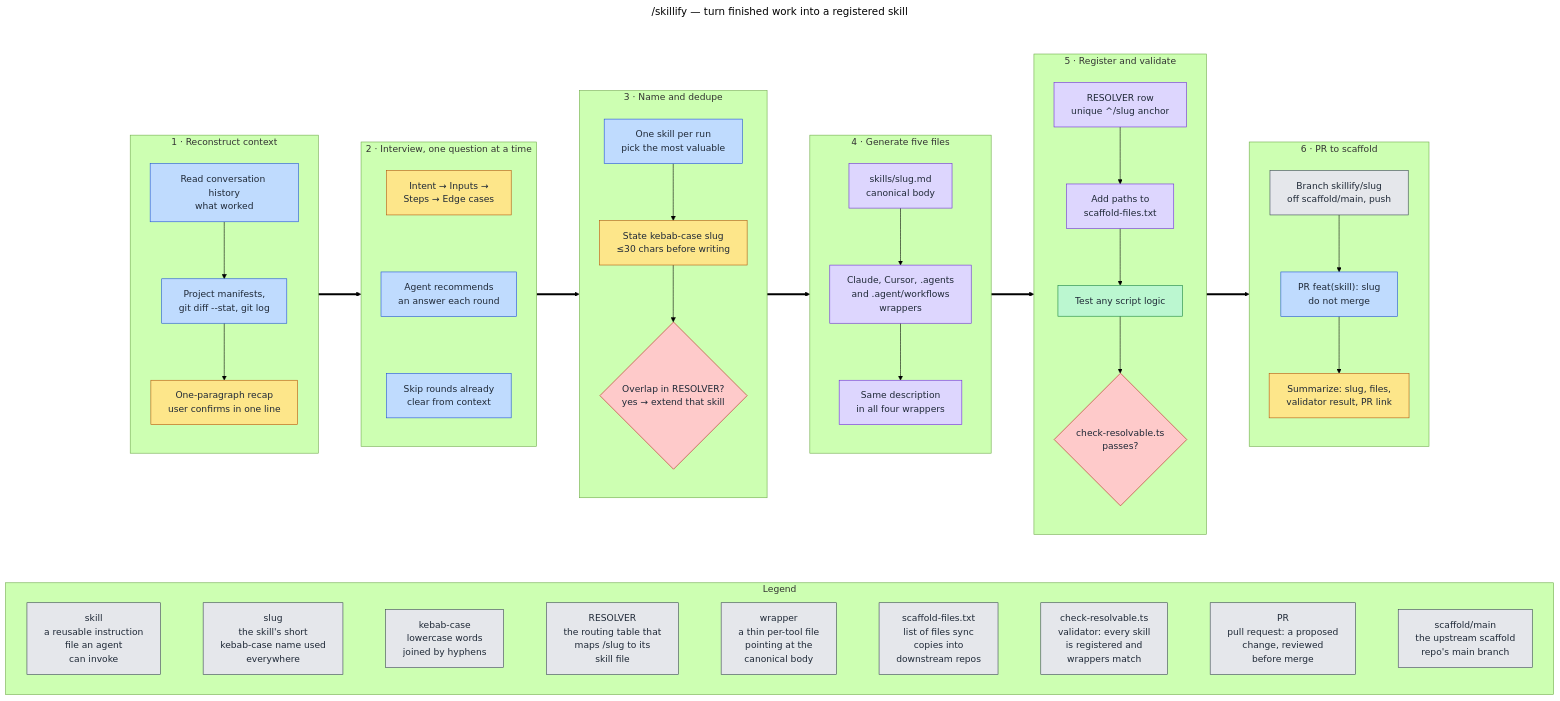
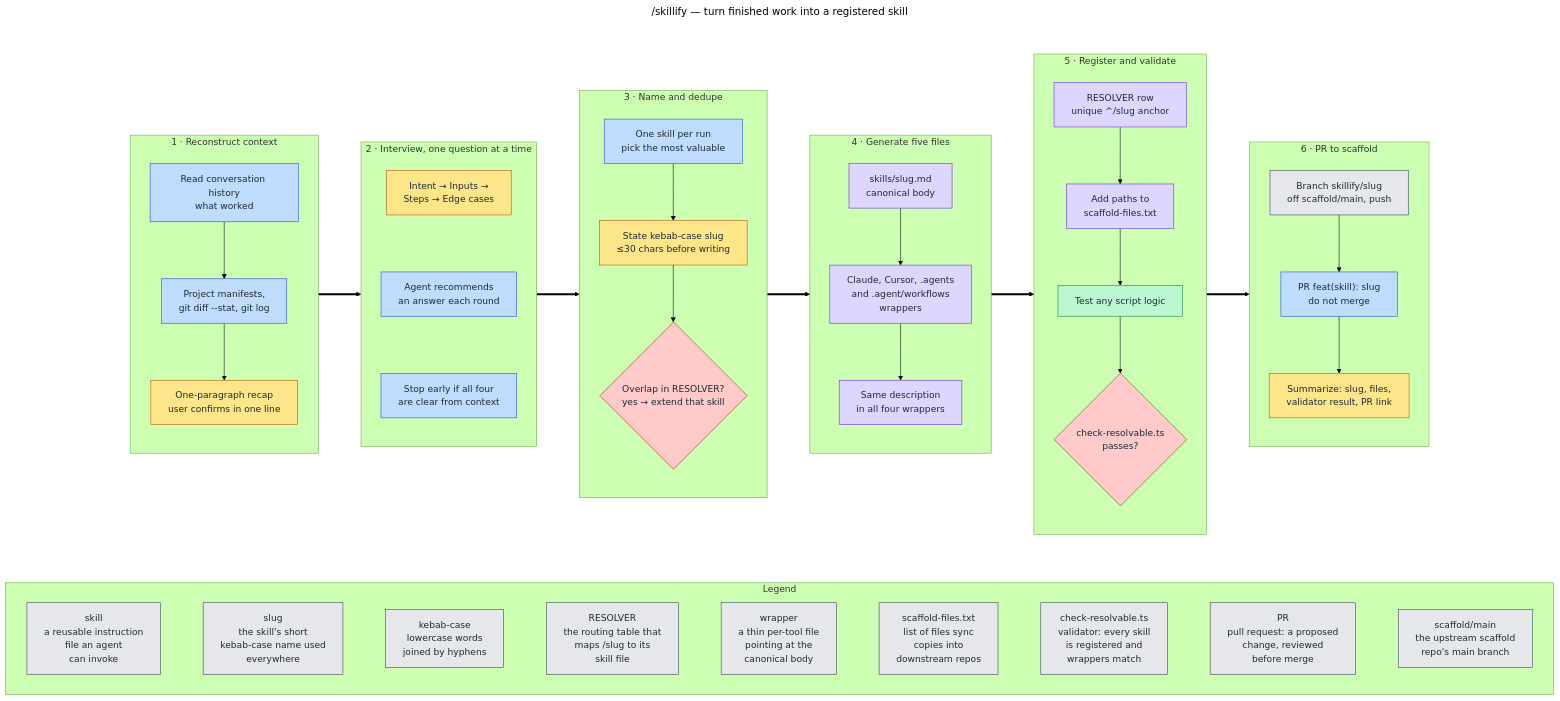
Before and after one commit to victusfate/scaffold: the diagram in docs/diagrams/src/skillify.mmd, drawn with Mermaid (forest theme). The commit also changed 21 other files, not shown here.

First line of the commit message:
docs(diagrams): accuracy fixes from a per-diagram source review

```diff
--- a/docs/diagrams/src/skillify.mmd
+++ b/docs/diagrams/src/skillify.mmd
@@ -1,85 +1,85 @@
 ---
 title: /skillify — turn finished work into a registered skill
 ---
 flowchart TB
   classDef owner fill:#fde68a,stroke:#b45309,color:#1f2937
   classDef orch fill:#bfdbfe,stroke:#1d4ed8,color:#1f2937
   classDef state fill:#ddd6fe,stroke:#6d28d9,color:#1f2937
   classDef lane fill:#bbf7d0,stroke:#15803d,color:#1f2937
   classDef git fill:#e5e7eb,stroke:#374151,color:#1f2937
   classDef gate fill:#fecaca,stroke:#b91c1c,color:#1f2937
 
   %% Edges run between stage subgraphs (not inner nodes) so each stage keeps
   %% its own top-to-bottom direction and the whole image stays landscape.
 
   subgraph FLOW[" "]
   direction LR
 
   subgraph CONTEXT["1 · Reconstruct context"]
     direction TB
     X1["Read conversation history<br/>what worked"]:::orch
     X2["Project manifests,<br/>git diff --stat, git log"]:::orch
     X3["One-paragraph recap<br/>user confirms in one line"]:::owner
     X1 --> X2 --> X3
   end
 
   subgraph INTERVIEW["2 · Interview, one question at a time"]
     direction TB
     I1["Intent → Inputs →<br/>Steps → Edge cases"]:::owner
     I2["Agent recommends<br/>an answer each round"]:::orch
-    I3["Skip rounds already<br/>clear from context"]:::orch
+    I3["Stop early if all four<br/>are clear from context"]:::orch
     I1 ~~~ I2 ~~~ I3
   end
 
   subgraph NAME["3 · Name and dedupe"]
     direction TB
     N1["One skill per run<br/>pick the most valuable"]:::orch
     N2["State kebab-case slug<br/>≤30 chars before writing"]:::owner
     N3{"Overlap in RESOLVER?<br/>yes → extend that skill"}:::gate
     N1 --> N2 --> N3
   end
 
   subgraph GENERATE["4 · Generate five files"]
     direction TB
     G1["skills/slug.md<br/>canonical body"]:::state
     G2["Claude, Cursor, .agents<br/>and .agent/workflows<br/>wrappers"]:::state
     G3["Same description<br/>in all four wrappers"]:::state
     G1 --> G2 --> G3
   end
 
   subgraph REGISTER["5 · Register and validate"]
     direction TB
     V1["RESOLVER row<br/>unique ^/slug anchor"]:::state
     V2["Add paths to<br/>scaffold-files.txt"]:::state
     V3["Test any script logic"]:::lane
     V4{"check-resolvable.ts<br/>passes?"}:::gate
     V1 --> V2 --> V3 --> V4
   end
 
   subgraph UPSTREAM["6 · PR to scaffold"]
     direction TB
     U1["Branch skillify/slug<br/>off scaffold/main, push"]:::git
     U2["PR feat(skill): slug<br/>do not merge"]:::orch
     U3["Summarize: slug, files,<br/>validator result, PR link"]:::owner
     U1 --> U2 --> U3
   end
 
   CONTEXT ==> INTERVIEW ==> NAME ==> GENERATE ==> REGISTER ==> UPSTREAM
   end
   style FLOW fill:none,stroke:none
 
   subgraph LEGEND["Legend"]
     direction LR
     L1["skill<br/>a reusable instruction<br/>file an agent<br/>can invoke"]:::git
     L2["slug<br/>the skill's short<br/>kebab-case name used<br/>everywhere"]:::git
     L3["kebab-case<br/>lowercase words<br/>joined by hyphens"]:::git
     L4["RESOLVER<br/>the routing table that<br/>maps /slug to its<br/>skill file"]:::git
     L5["wrapper<br/>a thin per-tool file<br/>pointing at the<br/>canonical body"]:::git
     L6["scaffold-files.txt<br/>list of files sync<br/>copies into<br/>downstream repos"]:::git
     L7["check-resolvable.ts<br/>validator: every skill<br/>is registered and<br/>wrappers match"]:::git
     L8["PR<br/>pull request: a proposed<br/>change, reviewed<br/>before merge"]:::git
     L9["scaffold/main<br/>the upstream scaffold<br/>repo's main branch"]:::git
     L1 ~~~ L2 ~~~ L3 ~~~ L4 ~~~ L5 ~~~ L6 ~~~ L7 ~~~ L8 ~~~ L9
   end
 
   FLOW ~~~ LEGEND
```
